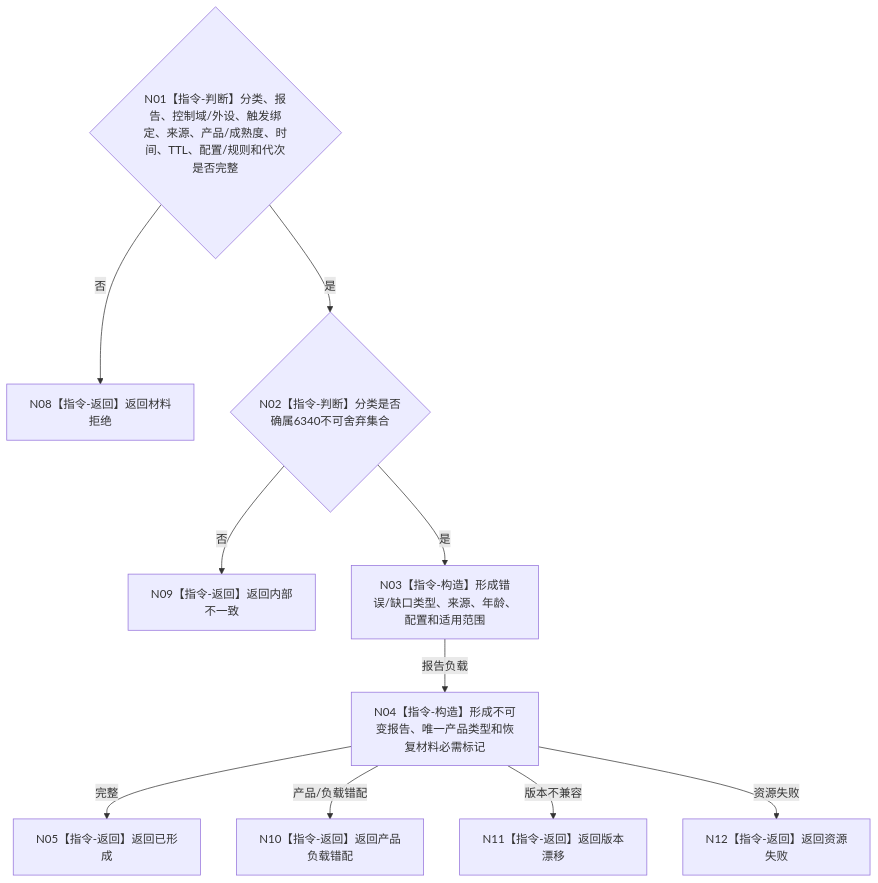
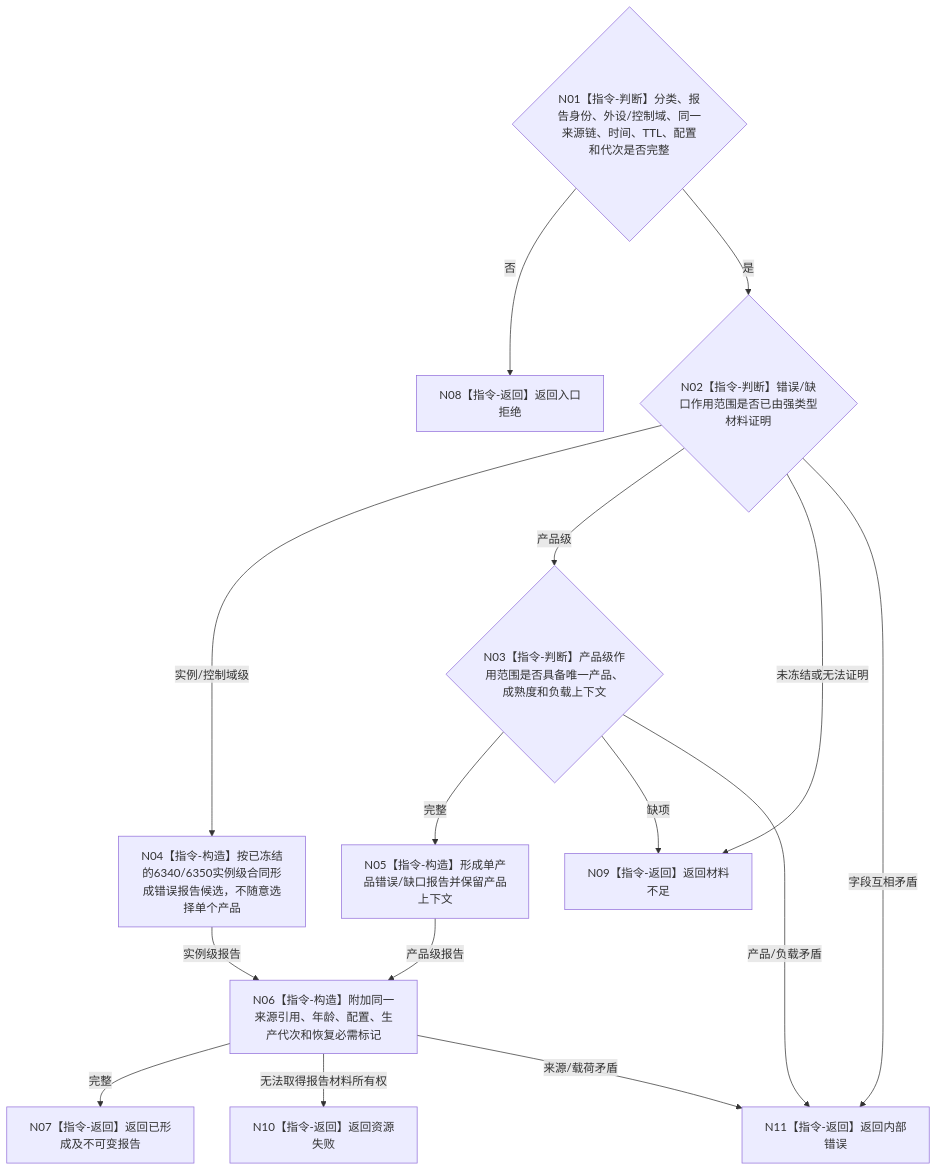
One commit to chunhaizh-cyber/HY-Ego changed the diagram in 流程图/目标业务流程图/L3/BIZ-L3-006-02-02_构造强类型外设错误或缺口报告_目标函数流程图_v0.2.md. Above: the diagram before and after it, drawn with Mermaid. The commit also changed other lines of this file and 11 other files, not shown here.

````diff
--- a/流程图/目标业务流程图/L3/BIZ-L3-006-02-02_构造强类型外设错误或缺口报告_目标函数流程图_v0.2.md
+++ b/流程图/目标业务流程图/L3/BIZ-L3-006-02-02_构造强类型外设错误或缺口报告_目标函数流程图_v0.2.md
@@ -30,12 +31,29 @@
 ```mermaid
 flowchart TD
-    N01{"N01【指令-判断】分类、报告、控制域/外设、触发绑定、来源、产品/成熟度、时间、TTL、配置/规则和代次是否完整"} -->|否| N08["N08【指令-返回】返回材料拒绝"]
-    N01 -->|是| N02{"N02【指令-判断】分类是否确属6340不可舍弃集合"}
-    N02 -->|否| N09["N09【指令-返回】返回内部不一致"]
-    N02 -->|是| N03["N03【指令-构造】形成错误/缺口类型、来源、年龄、配置和适用范围"]
-    N03 -->|报告负载| N04["N04【指令-构造】形成不可变报告、唯一产品类型和恢复材料必需标记"]
-    N04 -->|完整| N05["N05【指令-返回】返回已形成"]
-    N04 -->|产品/负载错配| N10["N10【指令-返回】返回产品负载错配"]
-    N04 -->|版本不兼容| N11["N11【指令-返回】返回版本漂移"]
-    N04 -->|资源失败| N12["N12【指令-返回】返回资源失败"]
+    N01{"N01【指令-判断】分类、报告身份、外设/控制域、同一来源链、时间、TTL、配置和代次是否完整"}
+    N02{"N02【指令-判断】错误/缺口作用范围是否已由强类型材料证明"}
+    N03{"N03【指令-判断】产品级作用范围是否具备唯一产品、成熟度和负载上下文"}
+    N04["N04【指令-构造】按已冻结的6340/6350实例级合同形成错误报告候选，不随意选择单个产品"]
+    N05["N05【指令-构造】形成单产品错误/缺口报告并保留产品上下文"]
+    N06["N06【指令-构造】附加同一来源引用、年龄、配置、生产代次和恢复必需标记"]
+    N07["N07【指令-返回】返回已形成及不可变报告"]
+    N08["N08【指令-返回】返回入口拒绝"]
+    N09["N09【指令-返回】返回材料不足"]
+    N10["N10【指令-返回】返回资源失败"]
+    N11["N11【指令-返回】返回内部错误"]
+
+    N01 -->|否| N08
+    N01 -->|是| N02
+    N02 -->|实例/控制域级| N04
+    N02 -->|产品级| N03
+    N02 -->|未冻结或无法证明| N09
+    N02 -->|字段互相矛盾| N11
+    N03 -->|完整| N05
+    N03 -->|缺项| N09
+    N03 -->|产品/负载矛盾| N11
+    N04 -->|实例级报告| N06
+    N05 -->|产品级报告| N06
+    N06 -->|完整| N07
+    N06 -->|无法取得报告材料所有权| N10
+    N06 -->|来源/载荷矛盾| N11
 ```
````
